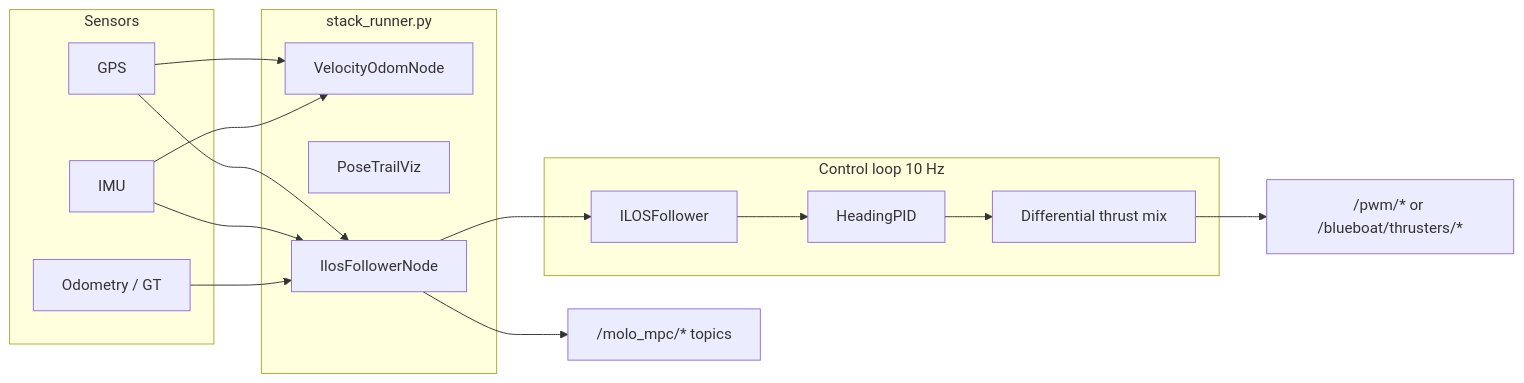
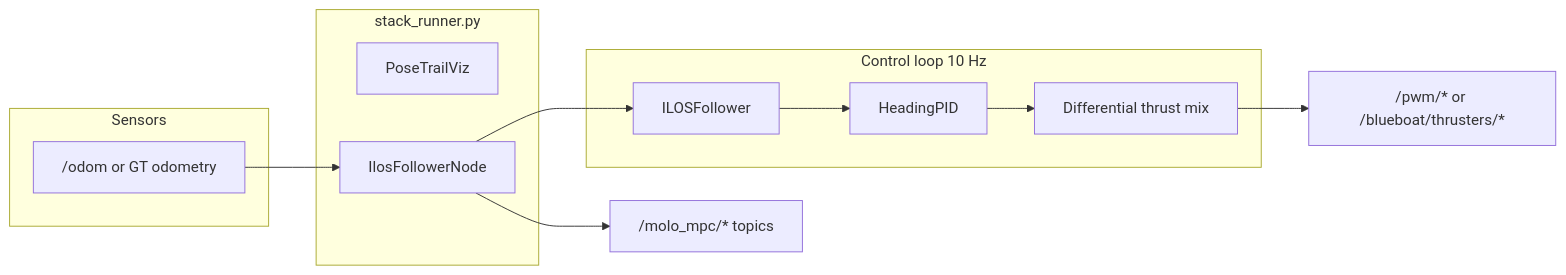
Before and after one commit to jhairssteven/mini-bream: the diagram in src/ros2_ws/src/molo_wpt_follower/ilos_boat/docs/HOW_IT_WORKS.md, drawn with Mermaid. The commit also changed 28 other files, not shown here.

````diff
--- a/src/ros2_ws/src/molo_wpt_follower/ilos_boat/docs/HOW_IT_WORKS.md
+++ b/src/ros2_ws/src/molo_wpt_follower/ilos_boat/docs/HOW_IT_WORKS.md
@@ -9,29 +9,22 @@
 ```mermaid
 flowchart LR
     subgraph inputs [Sensors]
-        GPS[GPS]
-        IMU[IMU]
-        Odom[Odometry / GT]
+        Odom["/odom or GT odometry"]
     end
 
     subgraph stack [stack_runner.py]
-        VO[VelocityOdomNode]
         PT[PoseTrailViz]
         IL[IlosFollowerNode]
     end
 
     subgraph control [Control loop 10 Hz]
         ILOS[ILOSFollower]
         PID[HeadingPID]
         MIX[Differential thrust mix]
     end
 
-    GPS --> IL
-    IMU --> IL
     Odom --> IL
-    GPS --> VO
-    IMU --> VO
     IL --> ILOS --> PID --> MIX
     MIX --> Thrust["/pwm/* or /blueboat/thrusters/*"]
     IL --> Viz["/molo_mpc/* topics"]
 ```
````
